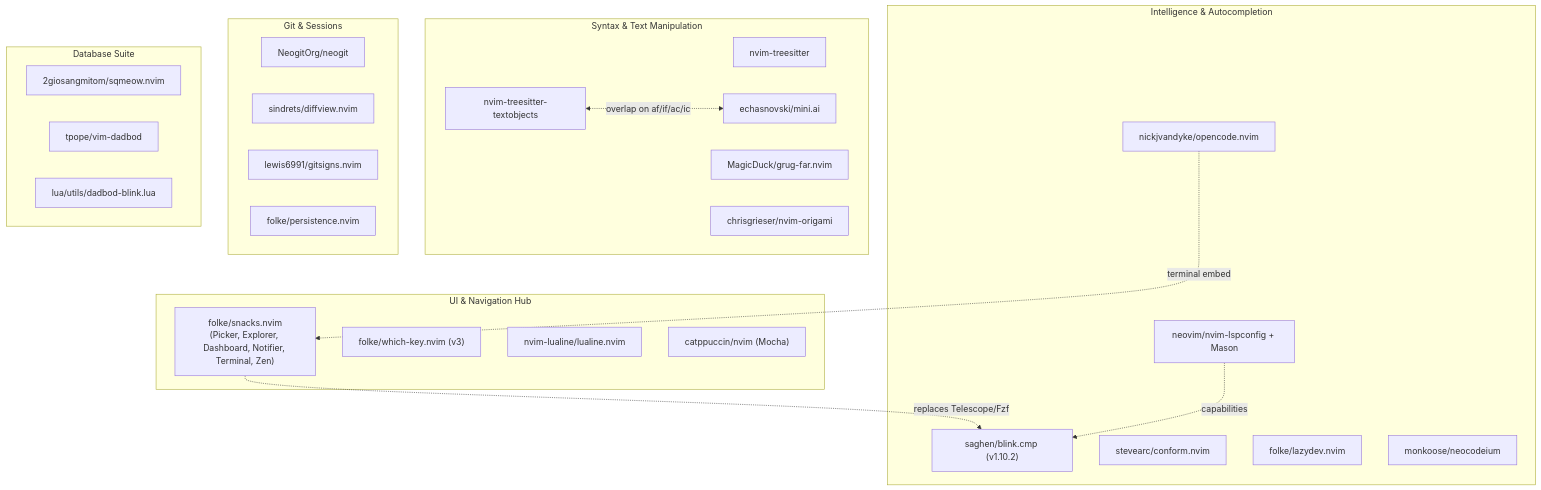
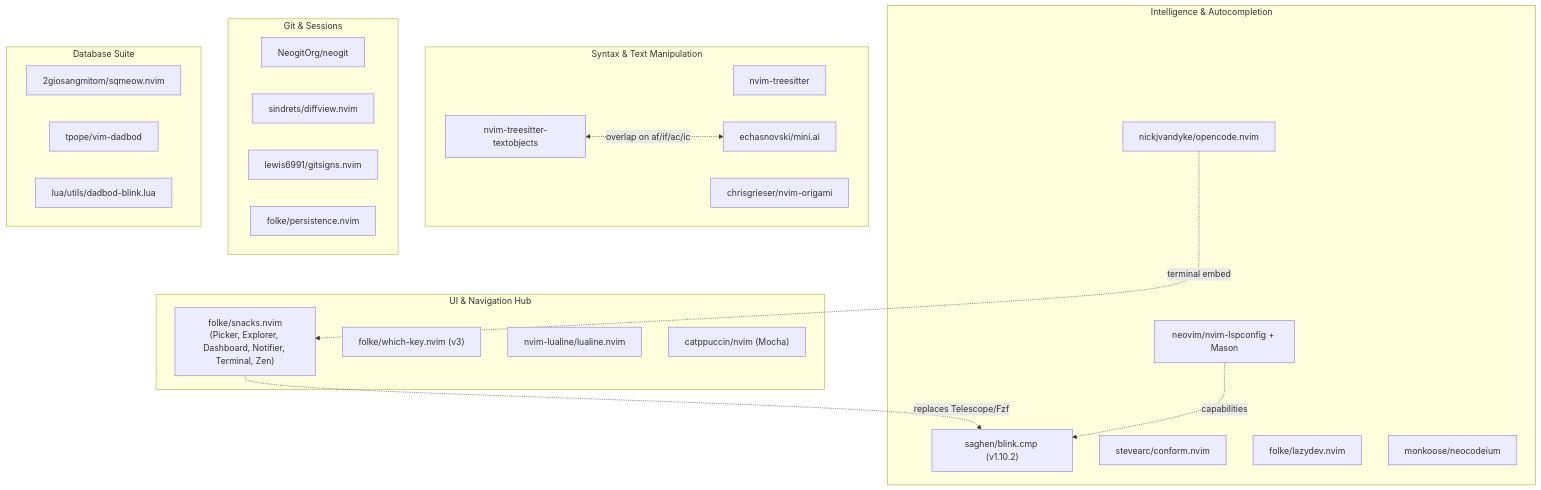
The diagram in agent.md (george-tk/nvim), drawn with Mermaid before and after one commit. The commit also changed other lines of this file and 2 other files, not shown here.

````diff
--- a/agent.md
+++ b/agent.md
@@ -65,44 +64,43 @@
 ```mermaid
 flowchart TD
     subgraph UI & Navigation Hub
         SNACKS["folke/snacks.nvim<br/>(Picker, Explorer, Dashboard, Notifier, Terminal, Zen)"]
         WK["folke/which-key.nvim (v3)"]
         LUALINE["nvim-lualine/lualine.nvim"]
         CATP["catppuccin/nvim (Mocha)"]
     end
 
     subgraph Intelligence & Autocompletion
         BLINK["saghen/blink.cmp (v1.10.2)"]
         LSP["neovim/nvim-lspconfig + Mason"]
         CONFORM["stevearc/conform.nvim"]
         LAZYDEV["folke/lazydev.nvim"]
         AI_COMPLETION["monkoose/neocodeium"]
         AI_PAIR["nickjvandyke/opencode.nvim"]
     end
 
     subgraph Syntax & Text Manipulation
         TS["nvim-treesitter"]
         TS_OBJ["nvim-treesitter-textobjects"]
         MINI_AI["echasnovski/mini.ai"]
-        GRUG["MagicDuck/grug-far.nvim"]
         ORIGAMI["chrisgrieser/nvim-origami"]
     end
 
     subgraph Git & Sessions
         NEOGIT["NeogitOrg/neogit"]
         DIFFVIEW["sindrets/diffview.nvim"]
         GITSIGNS["lewis6991/gitsigns.nvim"]
         PERSIST["folke/persistence.nvim"]
     end
 
     subgraph Database Suite
         SQMEOW["2giosangmitom/sqmeow.nvim"]
         DADBOD["tpope/vim-dadbod"]
         DADBOD_BLINK["lua/utils/dadbod-blink.lua"]
     end
 
     SNACKS -.->|replaces Telescope/Fzf| BLINK
     TS_OBJ <-.->|overlap on af/if/ac/ic| MINI_AI
     LSP -.->|capabilities| BLINK
     AI_PAIR -.->|terminal embed| SNACKS
 ```
````
